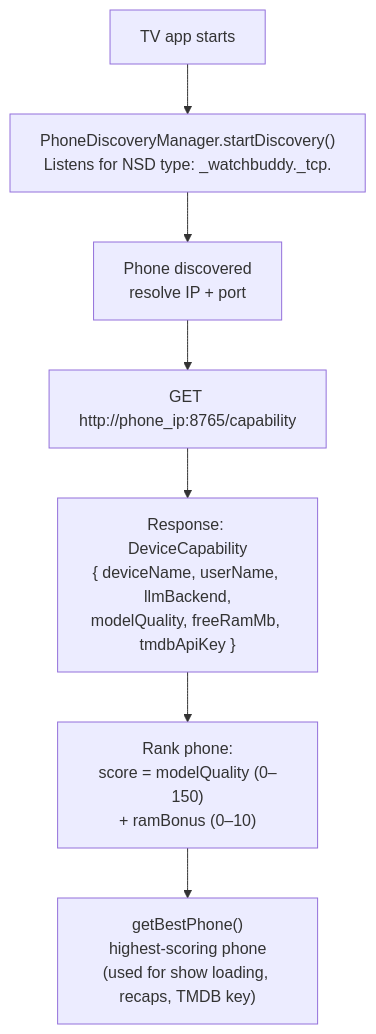
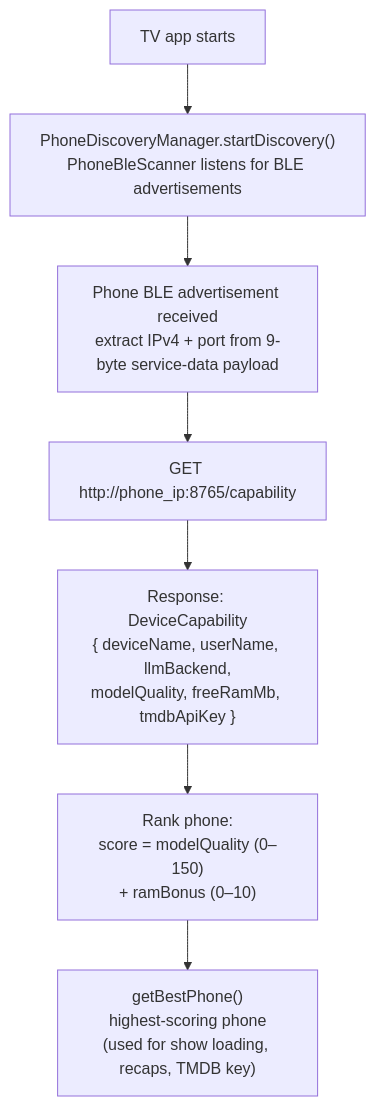
The fourth of 14 diagrams in docs/trakt-flow.md (justb81/watchbuddy), drawn with Mermaid before and after one commit. The commit also changed other lines of this file, not shown here.

First line of the commit message:
docs: remove outdated NSD/mDNS references from trakt-flow.md (#679)

````diff
--- a/docs/trakt-flow.md
+++ b/docs/trakt-flow.md
@@ -128,9 +128,9 @@
 ```mermaid
 flowchart TD
-    A["TV app starts"] --> B["PhoneDiscoveryManager.startDiscovery()\nListens for NSD type: _watchbuddy._tcp."]
-    B --> C["Phone discovered\nresolve IP + port"]
+    A["TV app starts"] --> B["PhoneDiscoveryManager.startDiscovery()\nPhoneBleScanner listens for BLE advertisements"]
+    B --> C["Phone BLE advertisement received\nextract IPv4 + port from 9-byte service-data payload"]
     C --> D["GET http://phone_ip:8765/capability"]
     D --> E["Response: DeviceCapability\n{ deviceName, userName, llmBackend,\nmodelQuality, freeRamMb, tmdbApiKey }"]
     E --> F["Rank phone:\nscore = modelQuality (0–150)\n+ ramBonus (0–10)"]
     F --> G["getBestPhone()\nhighest-scoring phone\n(used for show loading, recaps, TMDB key)"]
 ```
````
